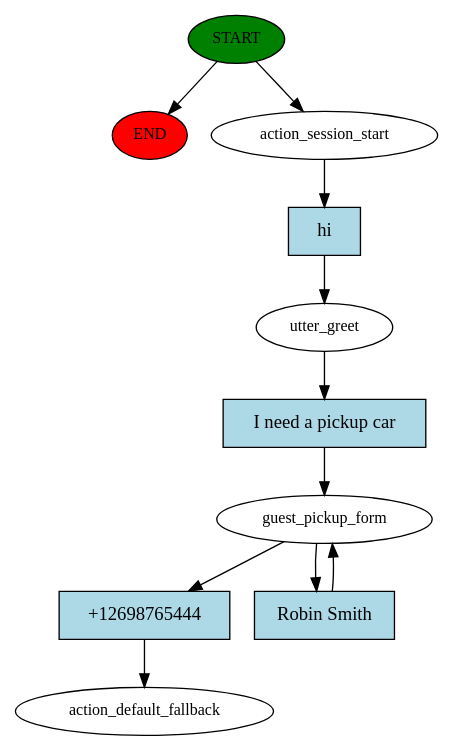
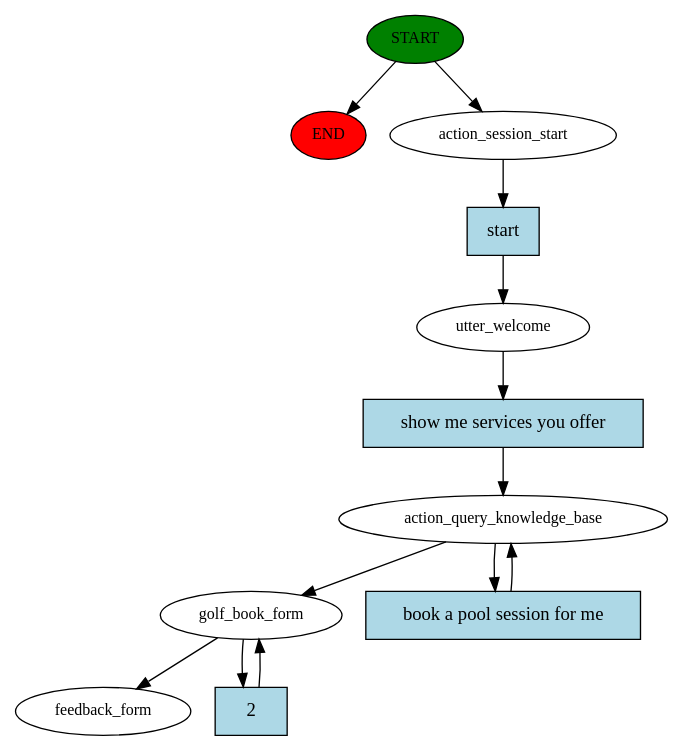
Before and after one commit to vanshkapil/Jenny-Hotel-Front-Desk-Assistant: the diagram in story_graph.dot, drawn with Graphviz. The commit also changed 29 other files, not shown here.

```diff
--- a/story_graph.dot
+++ b/story_graph.dot
@@ -1,22 +1,25 @@
 digraph  {
 0 [class="start active", fillcolor=green, fontsize=12, label=START, style=filled];
 "-1" [class=end, fillcolor=red, fontsize=12, label=END, style=filled];
 1 [class=active, fontsize=12, label=action_session_start];
-2 [class=active, fontsize=12, label=utter_greet];
-3 [class=active, fontsize=12, label=guest_pickup_form];
-5 [class="dashed active", fontsize=12, label=action_default_fallback];
-6 [class="intent active", fillcolor=lightblue, label=hi, shape=rect, style=filled];
-7 [class="intent active", fillcolor=lightblue, label="I need a pickup car", shape=rect, style=filled];
-8 [class="intent active", fillcolor=lightblue, label="+12698765444", shape=rect, style=filled];
-9 [class="intent active", fillcolor=lightblue, label="Robin Smith", shape=rect, style=filled];
+2 [class=active, fontsize=12, label=utter_welcome];
+3 [class=active, fontsize=12, label=action_query_knowledge_base];
+6 [class=active, fontsize=12, label=golf_book_form];
+10 [class="dashed active", fontsize=12, label=feedback_form];
+11 [class="intent active", fillcolor=lightblue, label=start, shape=rect, style=filled];
+12 [class="intent active", fillcolor=lightblue, label="show me services you offer", shape=rect, style=filled];
+13 [class="intent active", fillcolor=lightblue, label="book a pool session for me", shape=rect, style=filled];
+14 [class="intent active", fillcolor=lightblue, label=2, shape=rect, style=filled];
 0 -> "-1"  [class="", key=NONE, label=""];
 0 -> 1  [class=active, key=NONE, label=""];
-1 -> 6  [class=active, key=0];
-2 -> 7  [class=active, key=0];
-3 -> 8  [class=active, key=0];
-3 -> 9  [class=active, key=0];
-6 -> 2  [class=active, key=0];
-7 -> 3  [class=active, key=0];
-8 -> 5  [class=active, key=0];
-9 -> 3  [class=active, key=0];
+1 -> 11  [class=active, key=0];
+2 -> 12  [class=active, key=0];
+3 -> 6  [class=active, key=NONE, label=""];
+3 -> 13  [class=active, key=0];
+6 -> 10  [class=active, key=NONE, label=""];
+6 -> 14  [class=active, key=0];
+11 -> 2  [class=active, key=0];
+12 -> 3  [class=active, key=0];
+13 -> 3  [class=active, key=0];
+14 -> 6  [class=active, key=0];
 }
```
